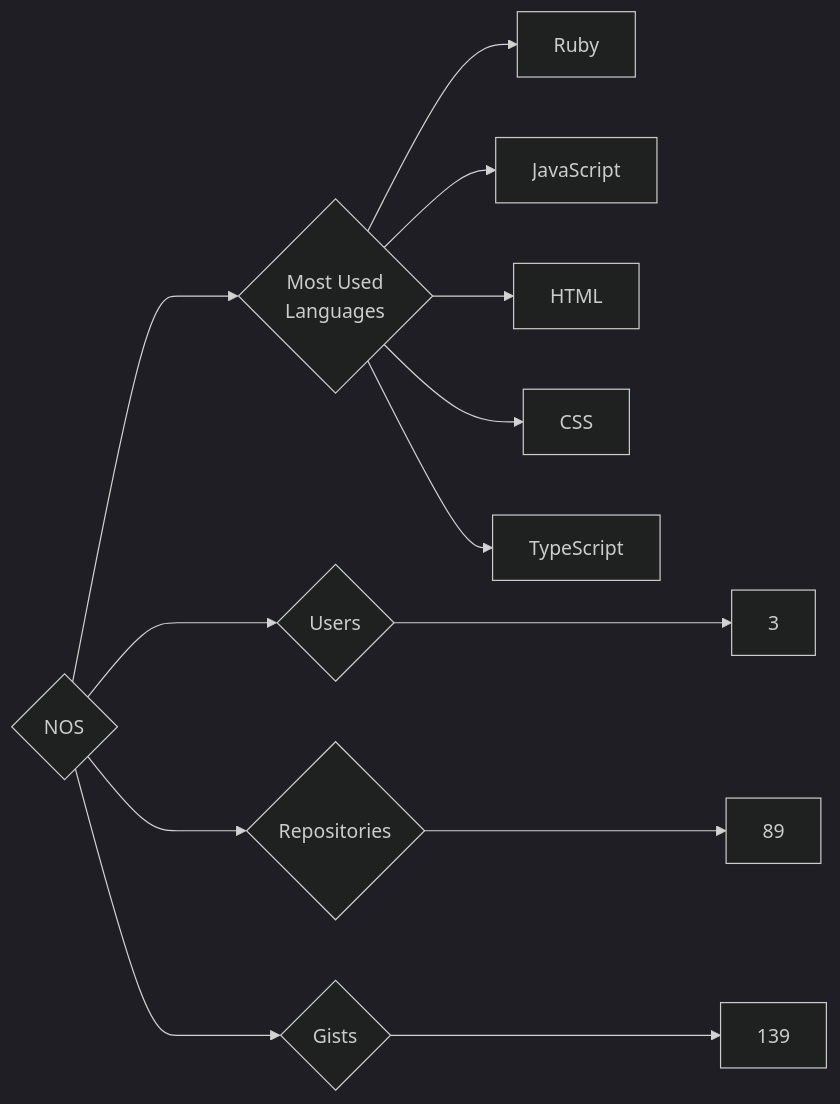
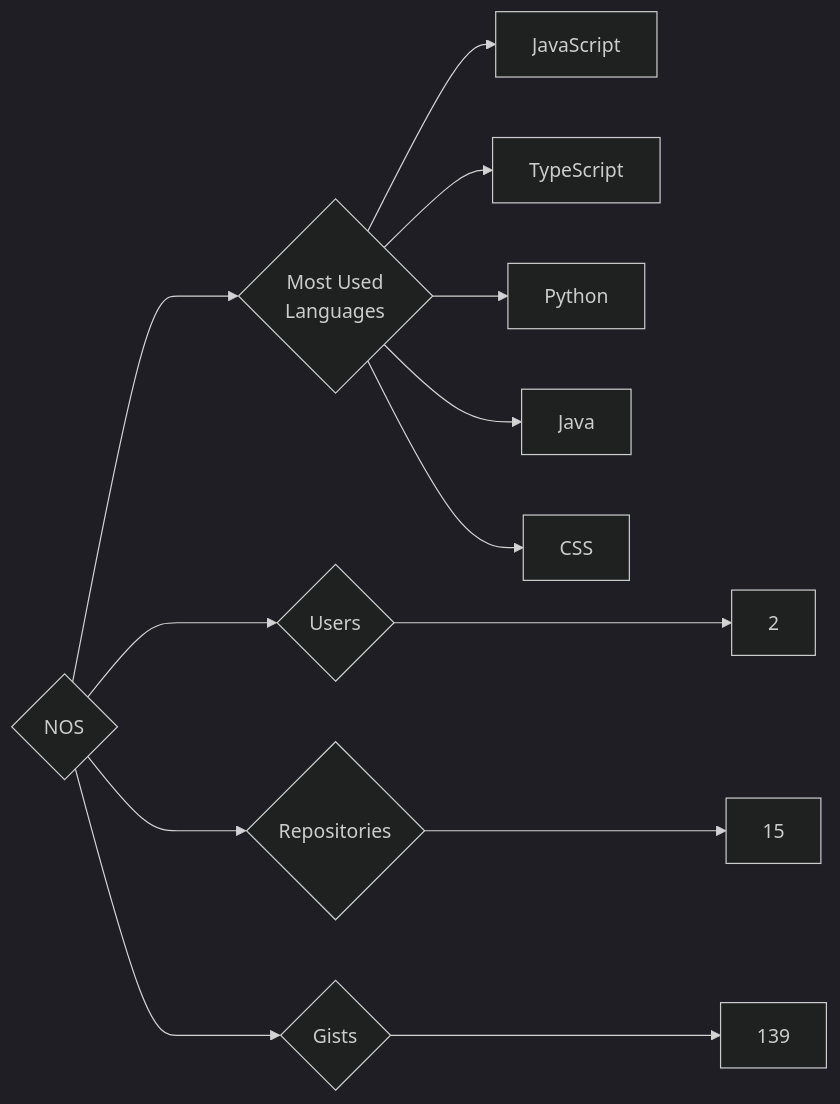
Before and after one commit to trickest/insiders: the diagram in targets/NOS/README.md, drawn with Mermaid (dark theme). The commit also changed 799 other files, not shown here.

````diff
--- a/targets/NOS/README.md
+++ b/targets/NOS/README.md
@@ -3,13 +3,13 @@
 ```mermaid
 graph LR
 COMPANY_NAME{NOS}
-COMPANY_NAME ---> U{Users} ---> UN[3]
-COMPANY_NAME ---> R{Repositories} ---> RN[89]
+COMPANY_NAME ---> U{Users} ---> UN[2]
+COMPANY_NAME ---> R{Repositories} ---> RN[15]
 COMPANY_NAME ---> G{Gists} ---> GN[139]
 COMPANY_NAME ---> ML{Most Used<br>Languages}
-ML --> Ruby[Ruby]
 ML --> JavaScript[JavaScript]
-ML --> HTML[HTML]
+ML --> TypeScript[TypeScript]
+ML --> Python[Python]
+ML --> Java[Java]
 ML --> CSS[CSS]
-ML --> TypeScript[TypeScript]
 ```
````
